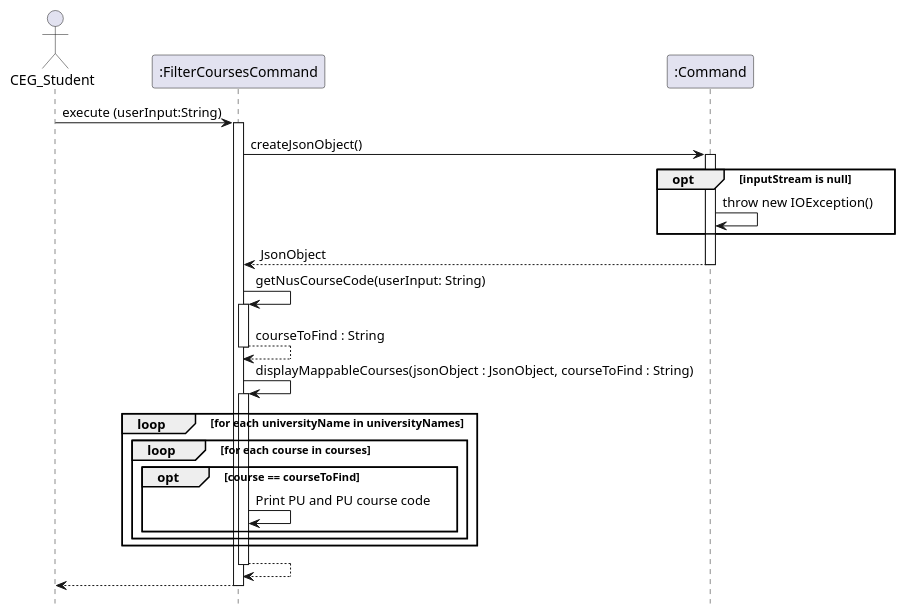
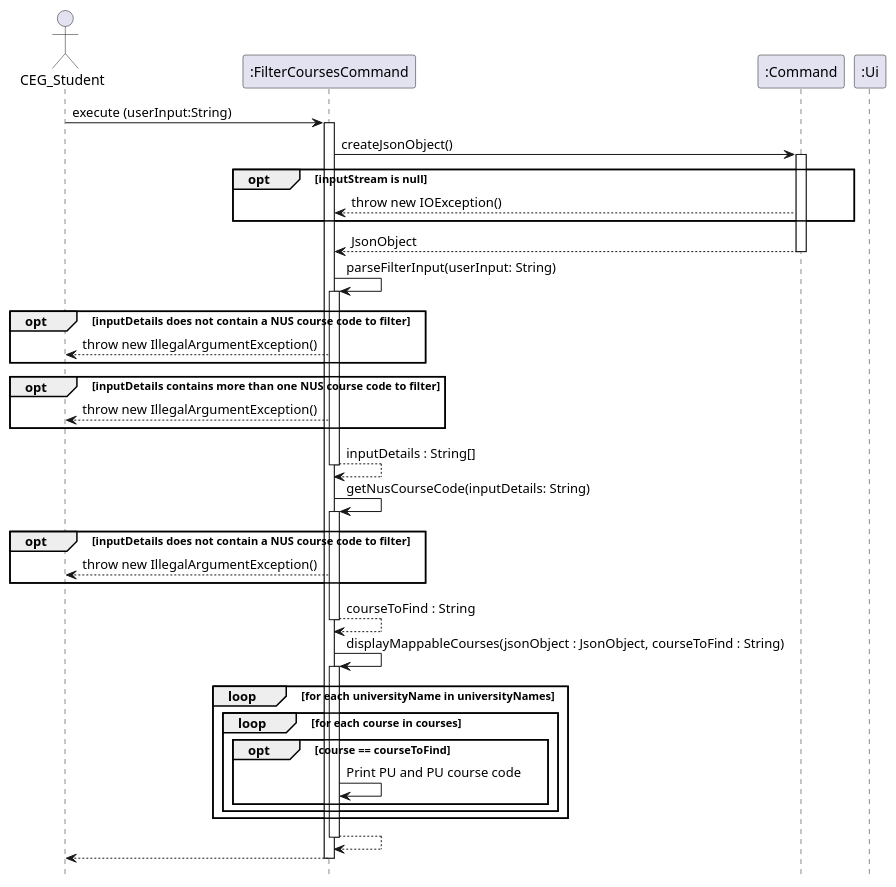
The diagram in docs/diagrams/FilterCoursesCommand.puml (nus-cs2113-AY2425S1/tp), drawn with PlantUML before and after one commit. The commit also changed 3 other files, not shown here.

```diff
--- a/docs/diagrams/FilterCoursesCommand.puml
+++ b/docs/diagrams/FilterCoursesCommand.puml
@@ -1,41 +1,56 @@
 @startuml
 hide footbox
 
 actor CEG_Student
 participant ":FilterCoursesCommand" as FilterCoursesCommand
 participant ":Command" as Command
+participant ":Ui" as Ui
 
 CEG_Student -> FilterCoursesCommand: execute (userInput:String)
 activate FilterCoursesCommand
 
 FilterCoursesCommand -> Command: createJsonObject()
 activate Command
 
 opt inputStream is null
-    Command -> Command: throw new IOException()
+    Command --> FilterCoursesCommand: throw new IOException()
 end
 
 Command --> FilterCoursesCommand: JsonObject
 deactivate Command
 
-FilterCoursesCommand -> FilterCoursesCommand: getNusCourseCode(userInput: String)
+FilterCoursesCommand -> FilterCoursesCommand: parseFilterInput(userInput: String)
 activate FilterCoursesCommand
+opt inputDetails does not contain a NUS course code to filter
+    FilterCoursesCommand --> CEG_Student: throw new IllegalArgumentException()
+end
+opt inputDetails contains more than one NUS course code to filter
+    FilterCoursesCommand --> CEG_Student: throw new IllegalArgumentException()
+end
+return inputDetails : String[]
+
+FilterCoursesCommand -> FilterCoursesCommand: getNusCourseCode(inputDetails: String)
+activate FilterCoursesCommand
+
+opt inputDetails does not contain a NUS course code to filter
+    FilterCoursesCommand --> CEG_Student: throw new IllegalArgumentException()
+end
 return courseToFind : String
 
 FilterCoursesCommand -> FilterCoursesCommand: displayMappableCourses(jsonObject : JsonObject, courseToFind : String)
 activate FilterCoursesCommand
 
 loop for each universityName in universityNames
         loop for each course in courses
             opt course == courseToFind
                 FilterCoursesCommand -> FilterCoursesCommand: Print PU and PU course code
             end
         end
 end
 
 FilterCoursesCommand --> FilterCoursesCommand
 deactivate FilterCoursesCommand
 
 FilterCoursesCommand --> CEG_Student
 deactivate FilterCoursesCommand
 @enduml
```
